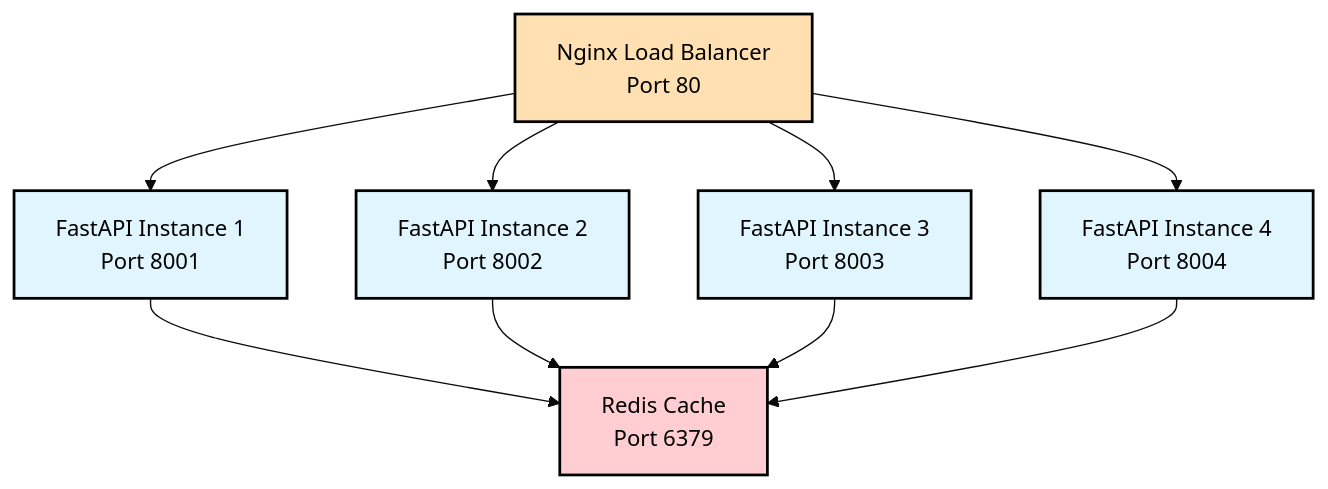
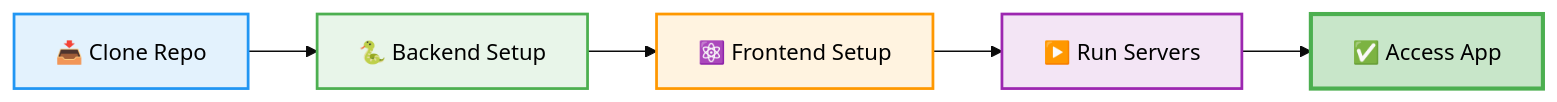
One commit to KamelSayed/SATYA-DRISHTI changed the fifth of 5 diagrams in README.md. Above: the diagram before and after it, drawn with Mermaid (base theme). The commit also changed other lines of this file, not shown here.

````diff
--- a/README.md
+++ b/README.md
@@ -1008,19 +485,13 @@
 ```mermaid
-graph TD
-    A[Nginx Load Balancer<br/>Port 80] --> B[FastAPI Instance 1<br/>Port 8001]
-    A --> C[FastAPI Instance 2<br/>Port 8002]
-    A --> D[FastAPI Instance 3<br/>Port 8003]
-    A --> E[FastAPI Instance 4<br/>Port 8004]
+graph LR
+    A[📥 Clone Repo] --> B[🐍 Backend Setup]
+    B --> C[⚛️ Frontend Setup]
+    C --> D[▶️ Run Servers]
+    D --> E[✅ Access App]
     
-    B --> F[Redis Cache<br/>Port 6379]
-    C --> F
-    D --> F
-    E --> F
-    
-    style A fill:#FFE0B2,stroke:#000,stroke-width:2px,color:#000
-    style B fill:#E1F5FE,stroke:#000,stroke-width:2px,color:#000
-    style C fill:#E1F5FE,stroke:#000,stroke-width:2px,color:#000
-    style D fill:#E1F5FE,stroke:#000,stroke-width:2px,color:#000
-    style E fill:#E1F5FE,stroke:#000,stroke-width:2px,color:#000
-    style F fill:#FFCDD2,stroke:#000,stroke-width:2px,color:#000
+    style A fill:#E3F2FD,stroke:#2196F3,stroke-width:2px,color:#000
+    style B fill:#E8F5E9,stroke:#4CAF50,stroke-width:2px,color:#000
+    style C fill:#FFF3E0,stroke:#FF9800,stroke-width:2px,color:#000
+    style D fill:#F3E5F5,stroke:#9C27B0,stroke-width:2px,color:#000
+    style E fill:#C8E6C9,stroke:#4CAF50,stroke-width:3px,color:#000
 ```
````
